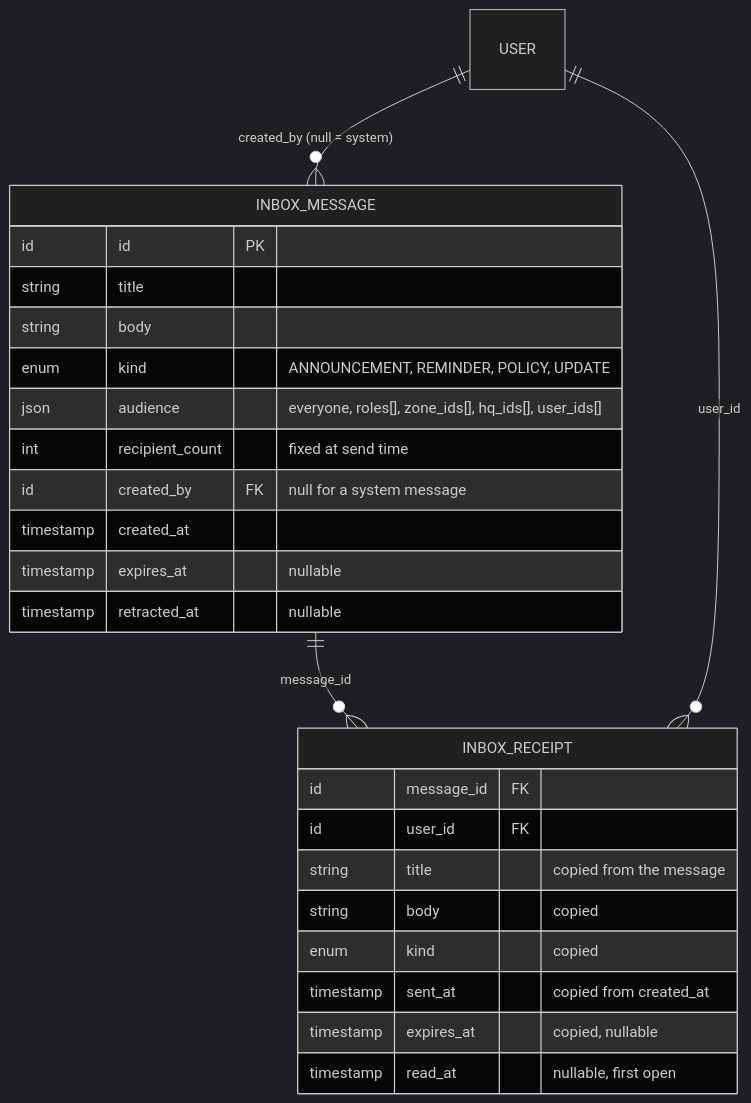
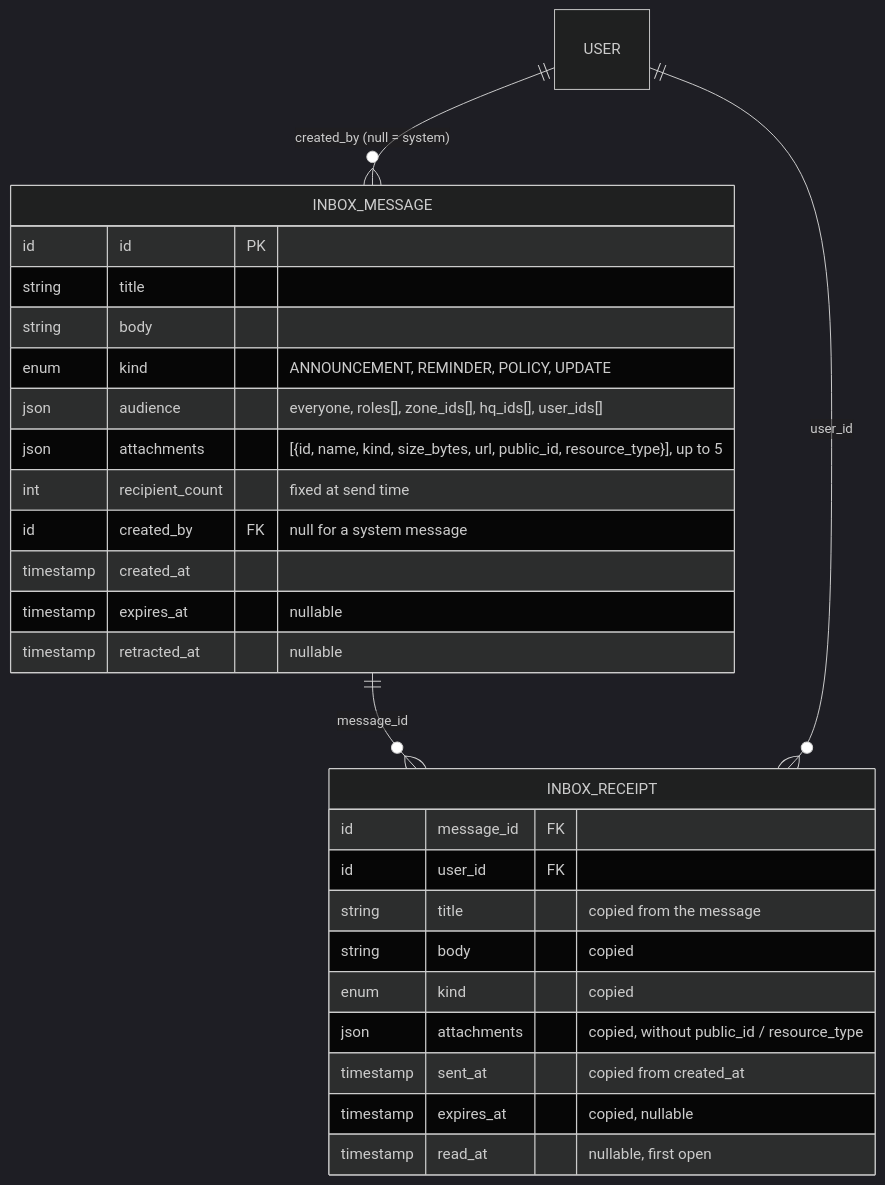
Before and after one commit to reboot-ai-private-limited/greynote: the diagram in docs/erd/10-inbox.md, drawn with Mermaid (dark theme). The commit also changed other lines of this file and 41 other files, not shown here.

First line of the commit message:
feat(inbox,documents,web): inbox messages carry files (PDF, pictures, Word/Excel/PowerPoint) with open and download links, name any employees, no body length limit; documents get downloadUrl

````diff
--- a/docs/erd/10-inbox.md
+++ b/docs/erd/10-inbox.md
@@ -5,29 +5,31 @@
 ```mermaid
 erDiagram
     USER ||--o{ INBOX_MESSAGE : "created_by (null = system)"
     INBOX_MESSAGE ||--o{ INBOX_RECEIPT : "message_id"
     USER ||--o{ INBOX_RECEIPT : "user_id"
 
     INBOX_MESSAGE {
         id id PK
         string title
         string body
         enum kind "ANNOUNCEMENT, REMINDER, POLICY, UPDATE"
         json audience "everyone, roles[], zone_ids[], hq_ids[], user_ids[]"
+        json attachments "[{id, name, kind, size_bytes, url, public_id, resource_type}], up to 5"
         int recipient_count "fixed at send time"
         id created_by FK "null for a system message"
         timestamp created_at
         timestamp expires_at "nullable"
         timestamp retracted_at "nullable"
     }
     INBOX_RECEIPT {
         id message_id FK
         id user_id FK
         string title "copied from the message"
         string body "copied"
         enum kind "copied"
+        json attachments "copied, without public_id / resource_type"
         timestamp sent_at "copied from created_at"
         timestamp expires_at "copied, nullable"
         timestamp read_at "nullable, first open"
     }
 ```
````
